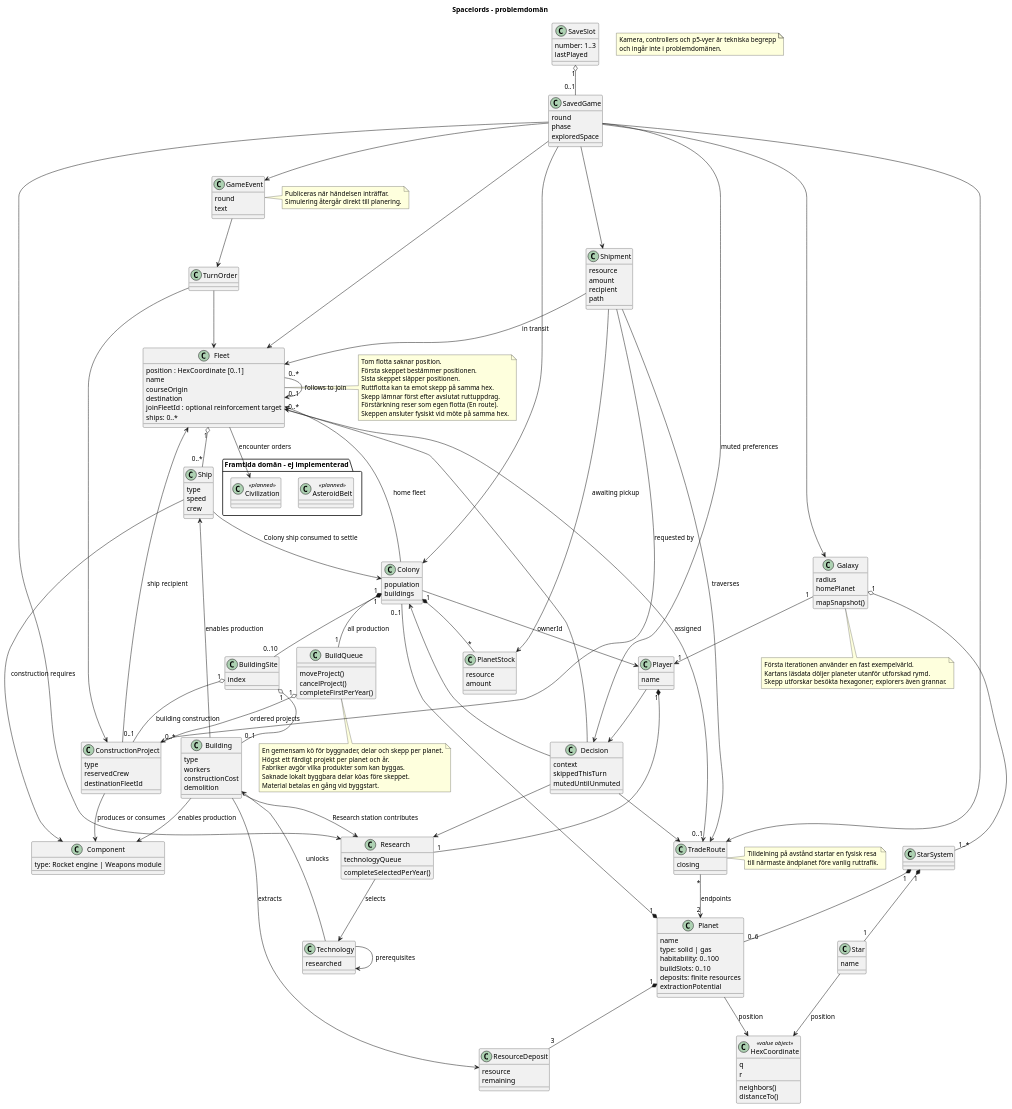
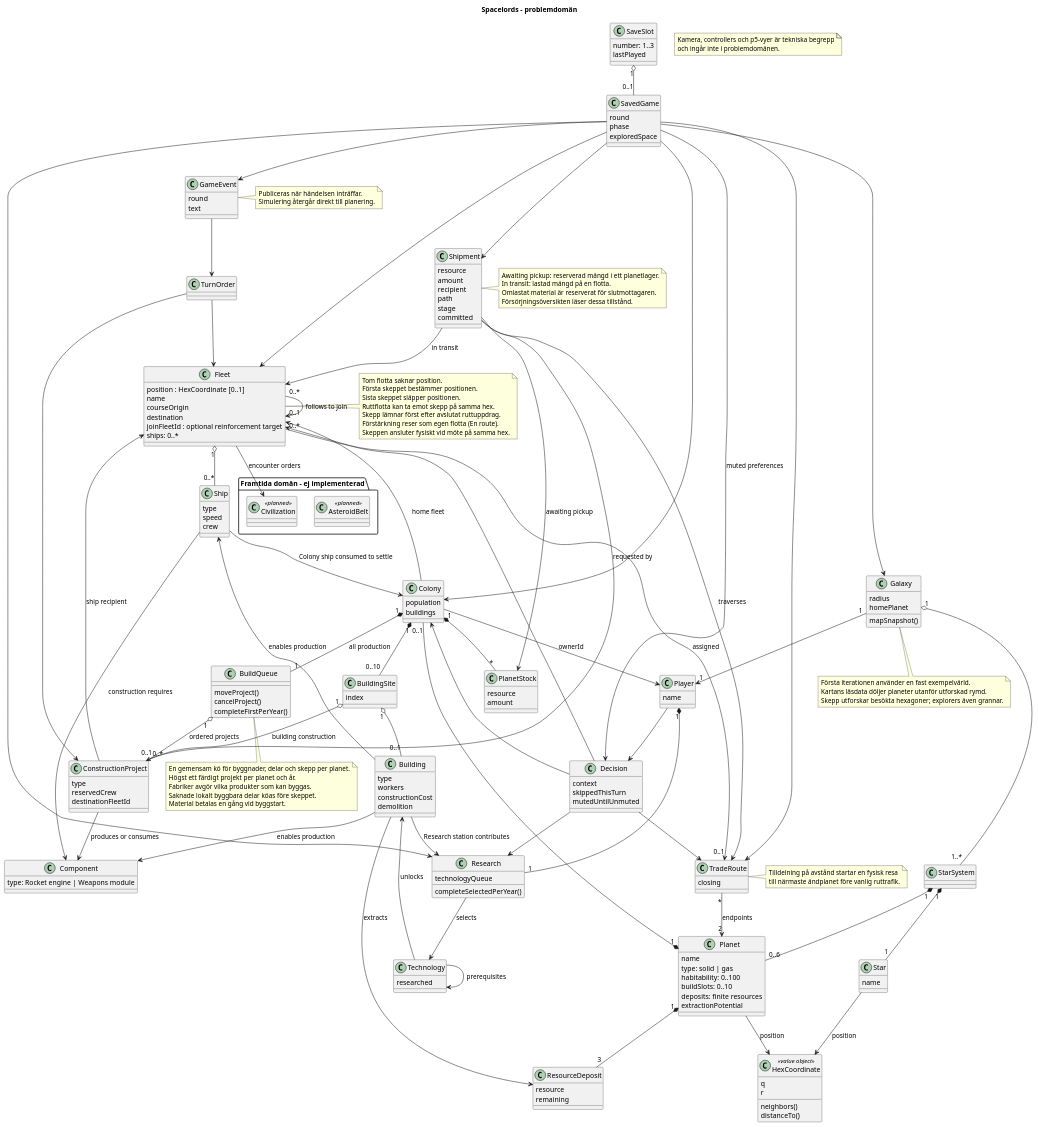
One commit to dntoll/spacelords changed the diagram in docs/domain-model.puml. Above: the diagram before and after it, drawn with PlantUML. The commit also changed 11 other files, not shown here.

```diff
--- a/docs/domain-model.puml
+++ b/docs/domain-model.puml
@@ -162,6 +162,8 @@
   amount
   recipient
   path
+  stage
+  committed
 }
 class Decision {
   context
@@ -177,6 +179,12 @@
 note right of TradeRoute
   Tilldelning på avstånd startar en fysisk resa
   till närmaste ändplanet före vanlig ruttrafik.
+end note
+note right of Shipment
+  Awaiting pickup: reserverad mängd i ett planetlager.
+  In transit: lastad mängd på en flotta.
+  Omlastat material är reserverat för slutmottagaren.
+  Försörjningsöversikten läser dessa tillstånd.
 end note
 Shipment --> Fleet : in transit
 Shipment --> PlanetStock : awaiting pickup
```
